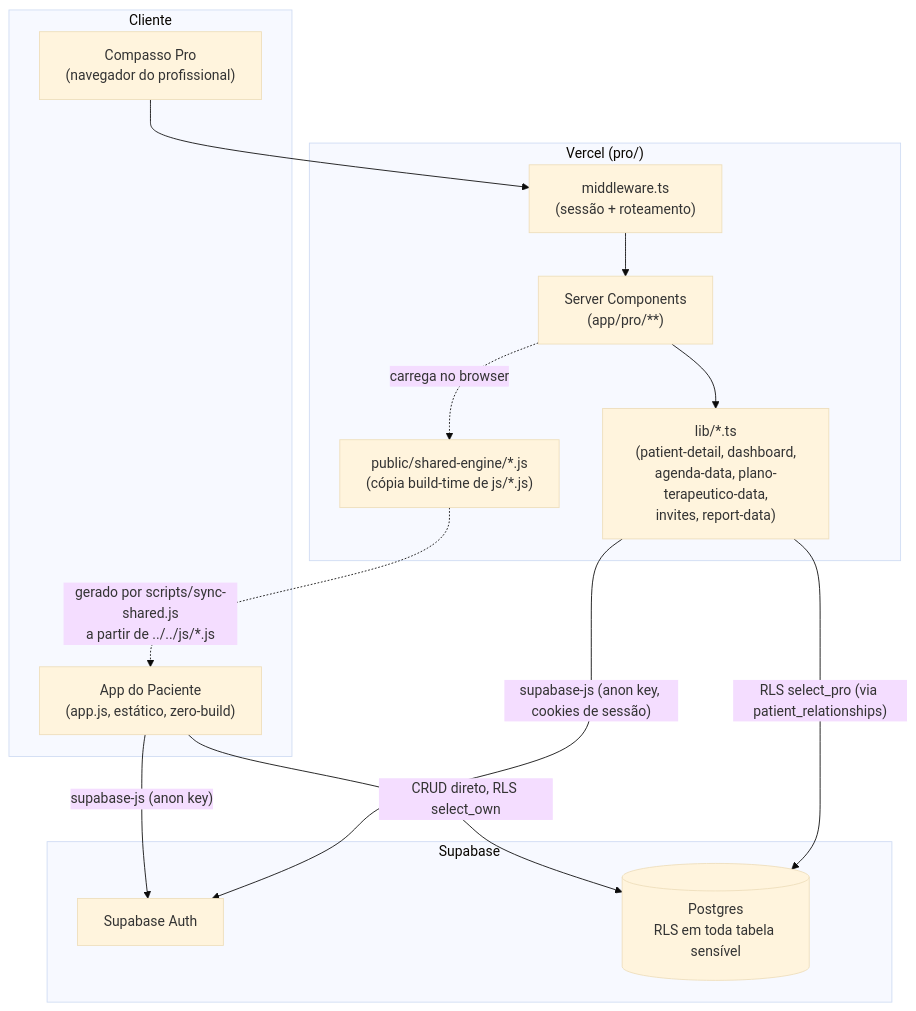
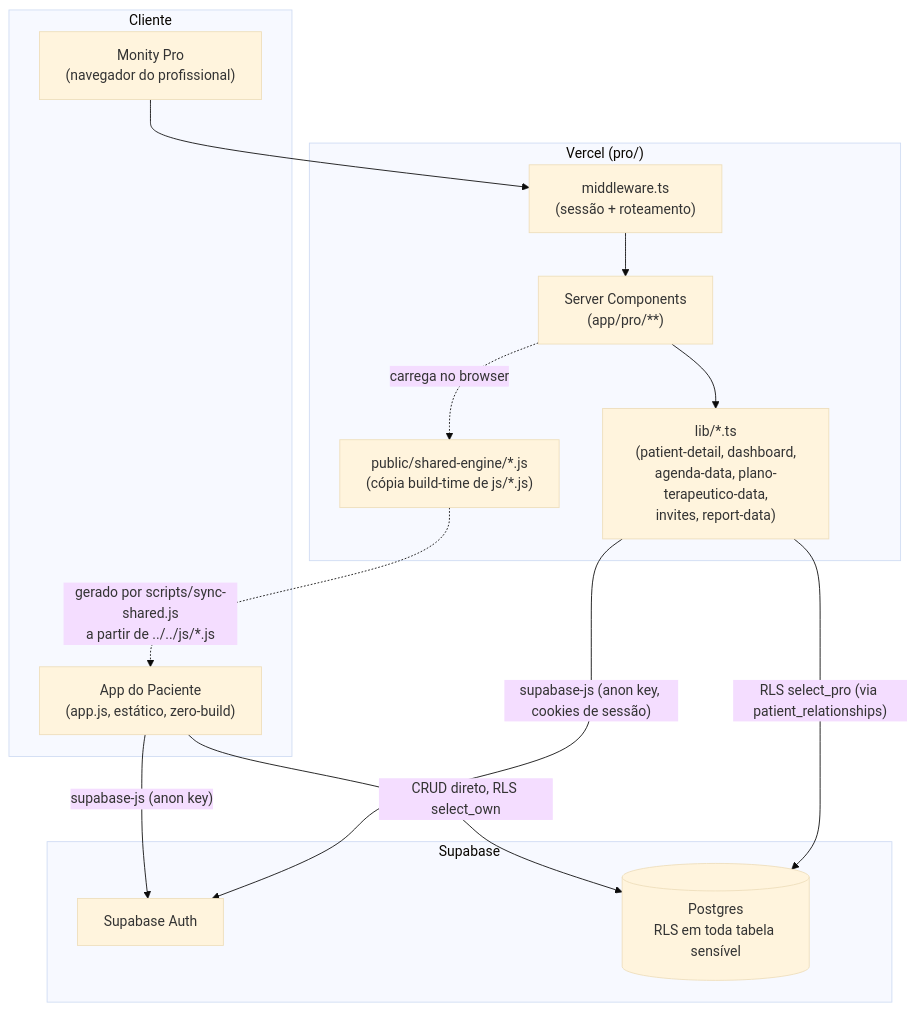
One commit to anadebora03/monity changed the first of 7 diagrams in AUDITORIA_ARQUITETURAL_PRO.md. Above: the diagram before and after it, drawn with Mermaid (base theme). The commit also changed other lines of this file and 112 other files, not shown here.

First line of the commit message:
feat: Sprints 021-027 (Agenda, Plano Terapeutico, Priorizacao Clinica, Jornada) + rebranding Compasso -> Monity

````diff
--- a/AUDITORIA_ARQUITETURAL_PRO.md
+++ b/AUDITORIA_ARQUITETURAL_PRO.md
@@ -11,27 +11,27 @@
 ```mermaid
 flowchart TB
     subgraph Cliente
         PWA["App do Paciente\n(app.js, estático, zero-build)"]
-        WebPro["Compasso Pro\n(navegador do profissional)"]
+        WebPro["Monity Pro\n(navegador do profissional)"]
     end
 
     subgraph Vercel["Vercel (pro/)"]
         MW["middleware.ts\n(sessão + roteamento)"]
         SC["Server Components\n(app/pro/**)"]
         LIB["lib/*.ts\n(patient-detail, dashboard,\nagenda-data, plano-terapeutico-data,\ninvites, report-data)"]
         SharedEngine["public/shared-engine/*.js\n(cópia build-time de js/*.js)"]
     end
 
     subgraph Supabase
         Auth["Supabase Auth"]
         PG[("Postgres\nRLS em toda tabela sensível")]
     end
 
     PWA -- "supabase-js (anon key)" --> Auth
     PWA -- "CRUD direto, RLS select_own" --> PG
     WebPro --> MW --> SC --> LIB
     LIB -- "supabase-js (anon key, cookies de sessão)" --> Auth
     LIB -- "RLS select_pro (via patient_relationships)" --> PG
     SC -. "carrega no browser" .-> SharedEngine
     SharedEngine -. "gerado por scripts/sync-shared.js\na partir de ../../js/*.js" .-> PWA
 ```
````
